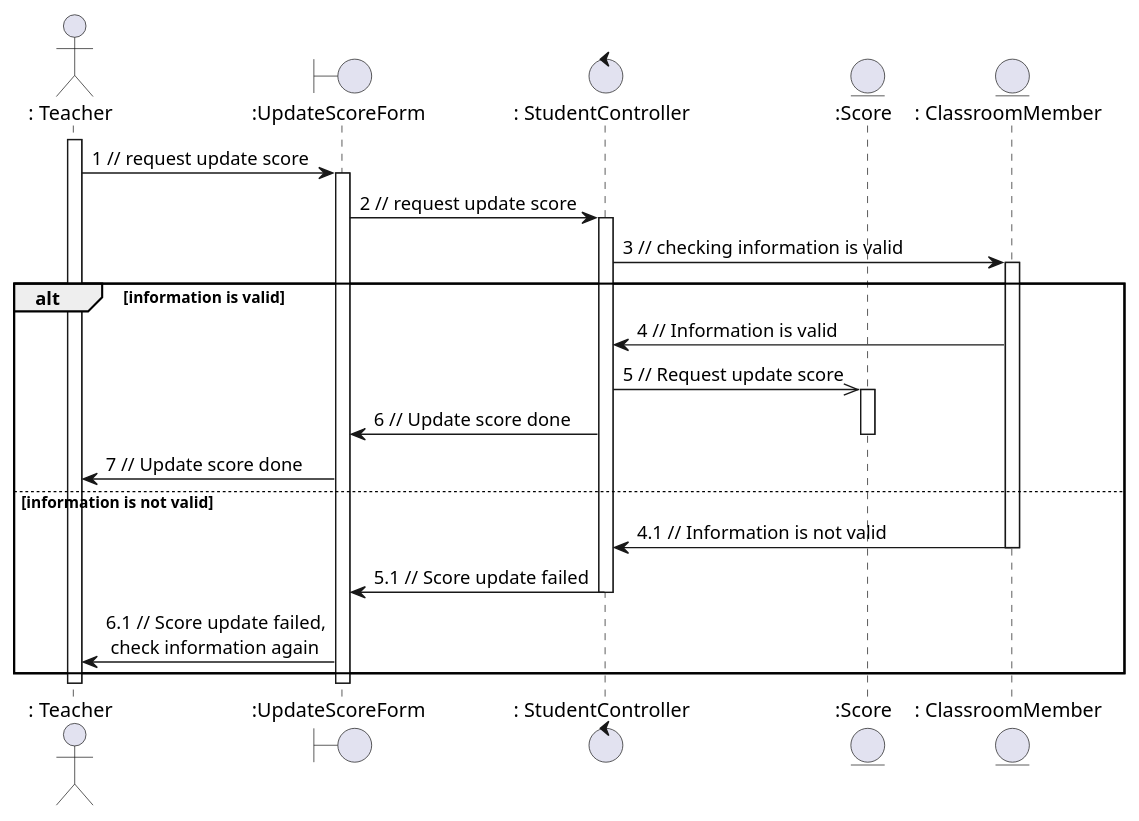
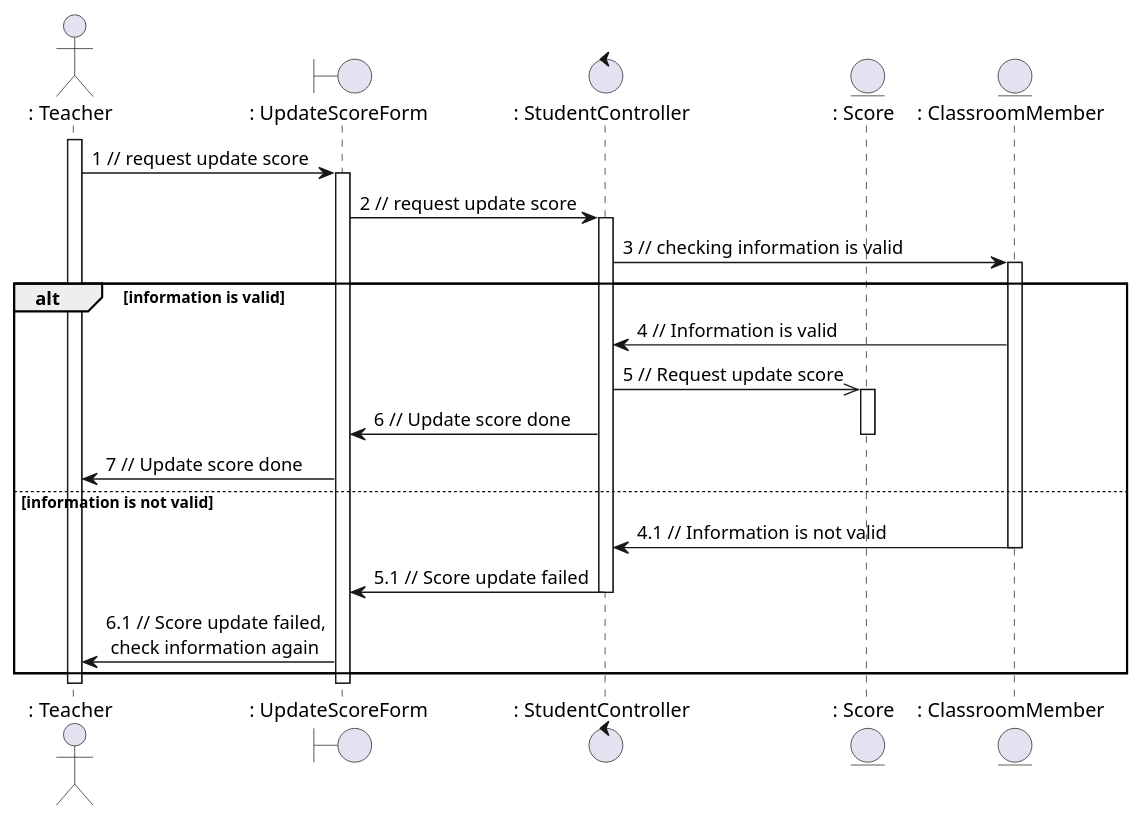
Before and after one commit to anonyhostvn/OOAD-Diagram: the diagram in sequence - analysis/rollcall/updateScore.plantuml, drawn with PlantUML. The commit also changed 33 other files, not shown here.

```diff
--- a/sequence - analysis/rollcall/updateScore.plantuml
+++ b/sequence - analysis/rollcall/updateScore.plantuml
@@ -1,36 +1,36 @@
 @startuml updateScore
 
 actor ": Teacher"
-boundary ":UpdateScoreForm"
+boundary ": UpdateScoreForm"
 control ": StudentController"
-entity ":Score"
+entity ": Score"
 entity ": ClassroomMember"
 
 activate ": Teacher"
 
-": Teacher" -> ":UpdateScoreForm": 1 // request update score
-activate ":UpdateScoreForm"
-":UpdateScoreForm" -> ": StudentController": 2 // request update score
+": Teacher" -> ": UpdateScoreForm": 1 // request update score
+activate ": UpdateScoreForm"
+": UpdateScoreForm" -> ": StudentController": 2 // request update score
 activate ": StudentController"
 ": StudentController" -> ": ClassroomMember": 3 // checking information is valid
 activate ": ClassroomMember"
 alt information is valid
     ": ClassroomMember" -> ": StudentController": 4 // Information is valid
-    ": StudentController" ->> ":Score": 5 // Request update score
-    activate ":Score"
-    ": StudentController" -> ":UpdateScoreForm": 6 // Update score done
-    deactivate ":Score"
-    ":UpdateScoreForm" -> ": Teacher": 7 // Update score done
+    ": StudentController" ->> ": Score": 5 // Request update score
+    activate ": Score"
+    ": StudentController" -> ": UpdateScoreForm": 6 // Update score done
+    deactivate ": Score"
+    ": UpdateScoreForm" -> ": Teacher": 7 // Update score done
 else information is not valid
     ": ClassroomMember" -> ": StudentController": 4.1 // Information is not valid
     deactivate ": ClassroomMember"
-    ": StudentController" -> ":UpdateScoreForm": 5.1 // Score update failed
+    ": StudentController" -> ": UpdateScoreForm": 5.1 // Score update failed
     deactivate ": StudentController"
-    ":UpdateScoreForm" -> ": Teacher": 6.1 // Score update failed,\n check information again
+    ": UpdateScoreForm" -> ": Teacher": 6.1 // Score update failed,\n check information again
 end
 
 deactivate ": Teacher"
-deactivate ":UpdateScoreForm"
+deactivate ": UpdateScoreForm"
 
 
 @enduml
```
